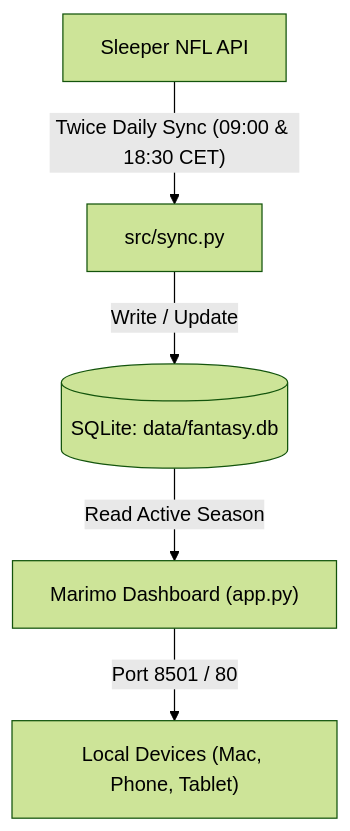
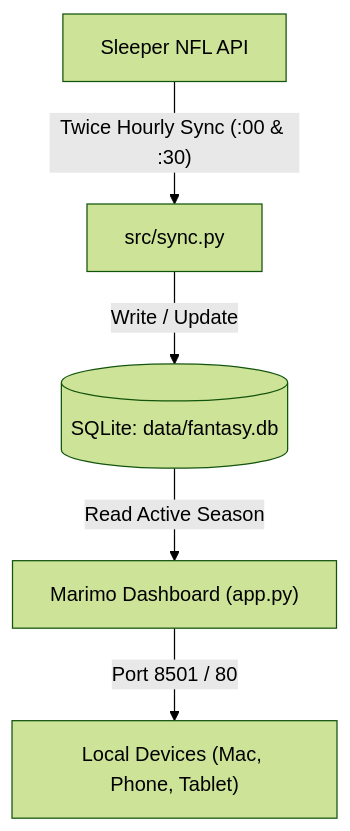
Before and after one commit to Sunkarr/NFL-Fantasy: the first of 2 diagrams in README.md, drawn with Mermaid (forest theme). The commit also changed other lines of this file and 7 other files, not shown here.

````diff
--- a/README.md
+++ b/README.md
@@ -20,7 +20,7 @@
 ```mermaid
 flowchart TD
-    SleeperAPI["Sleeper NFL API"] -->|"Twice Daily Sync (09:00 & 18:30 CET)"| Sync["src/sync.py"]
+    SleeperAPI["Sleeper NFL API"] -->|"Twice Hourly Sync (:00 & :30)"| Sync["src/sync.py"]
     Sync -->|"Write / Update"| DB[("SQLite: data/fantasy.db")]
     DB -->|"Read Active Season"| Marimo["Marimo Dashboard (app.py)"]
     Marimo -->|"Port 8501 / 80"| Client["Local Devices (Mac, Phone, Tablet)"]
 ```
````
